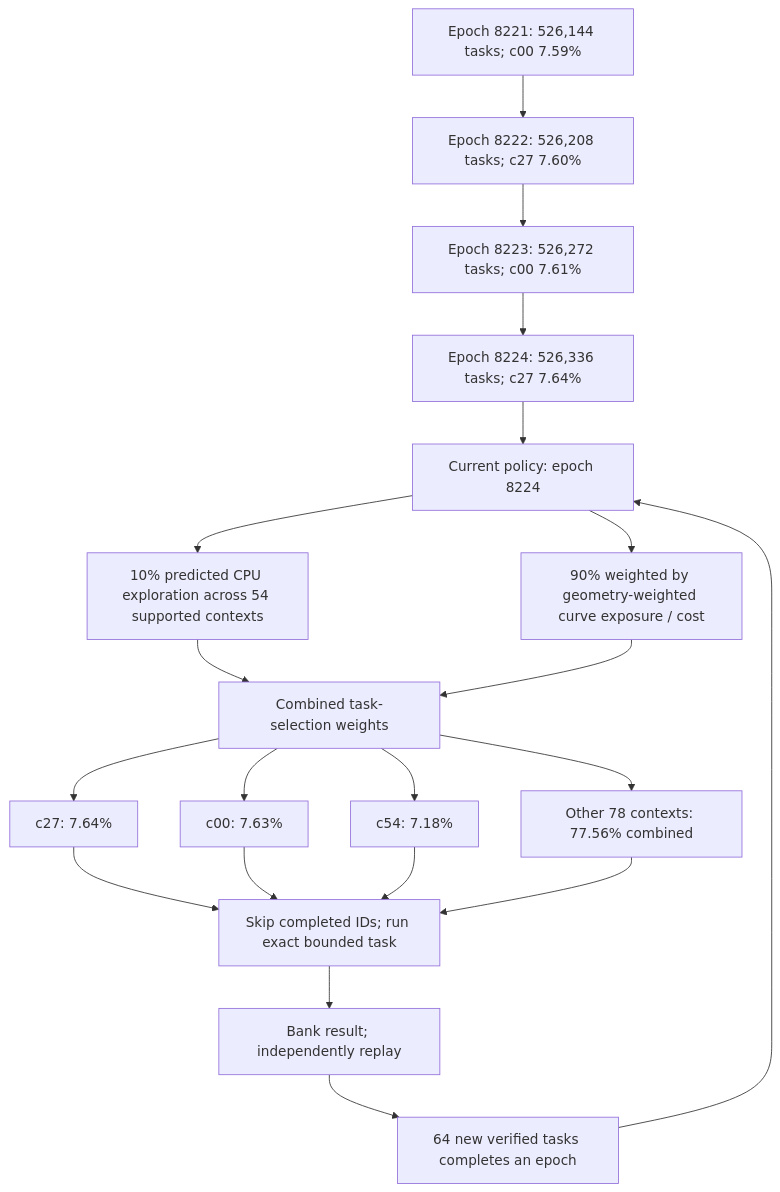
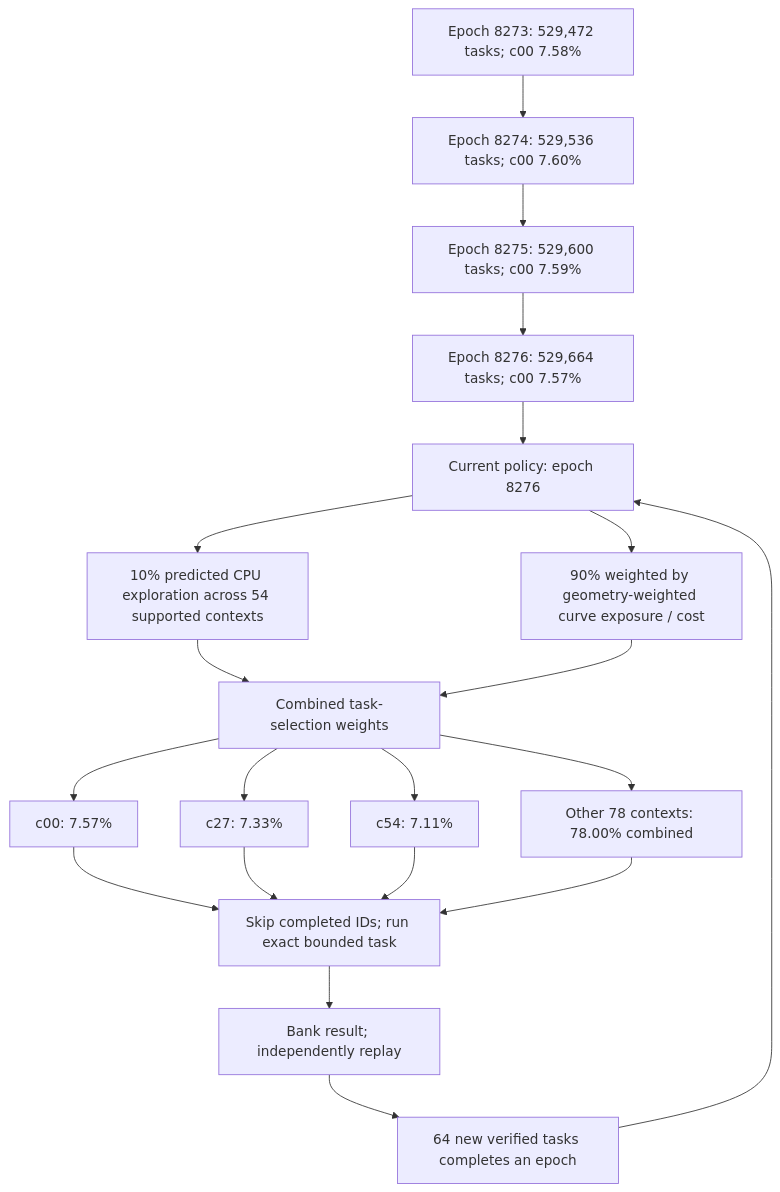
The first of 4 diagrams in README.md (Kuberwastaken/math-gambling), drawn with Mermaid before and after one commit. The commit also changed other lines of this file and 7131 other files, not shown here.

````diff
--- a/README.md
+++ b/README.md
@@ -60,27 +60,27 @@
 ```mermaid
 flowchart TD
-    H0["Epoch 8221: 526,144 tasks; c00 7.59%"]
-    H1["Epoch 8222: 526,208 tasks; c27 7.60%"]
+    H0["Epoch 8273: 529,472 tasks; c00 7.58%"]
+    H1["Epoch 8274: 529,536 tasks; c00 7.60%"]
     H0 --> H1
-    H2["Epoch 8223: 526,272 tasks; c00 7.61%"]
+    H2["Epoch 8275: 529,600 tasks; c00 7.59%"]
     H1 --> H2
-    H3["Epoch 8224: 526,336 tasks; c27 7.64%"]
+    H3["Epoch 8276: 529,664 tasks; c00 7.57%"]
     H2 --> H3
-    Policy["Current policy: epoch 8224"]
+    Policy["Current policy: epoch 8276"]
     H3 --> Policy
     Policy --> Explore["10% predicted CPU exploration across 54 supported contexts"]
     Policy --> Cost["90% weighted by geometry-weighted curve exposure / cost"]
     Explore --> Mix["Combined task-selection weights"]
     Cost --> Mix
-    Mix --> C0["c27: 7.64%"]
-    Mix --> C1["c00: 7.63%"]
-    Mix --> C2["c54: 7.18%"]
-    Mix --> Rest["Other 78 contexts: 77.56% combined"]
+    Mix --> C0["c00: 7.57%"]
+    Mix --> C1["c27: 7.33%"]
+    Mix --> C2["c54: 7.11%"]
+    Mix --> Rest["Other 78 contexts: 78.00% combined"]
     C0 --> Check["Skip completed IDs; run exact bounded task"]
     C1 --> Check
     C2 --> Check
     Rest --> Check
     Check --> Replay["Bank result; independently replay"]
     Replay --> Gate["64 new verified tasks completes an epoch"]
     Gate --> Policy
 ```
````
